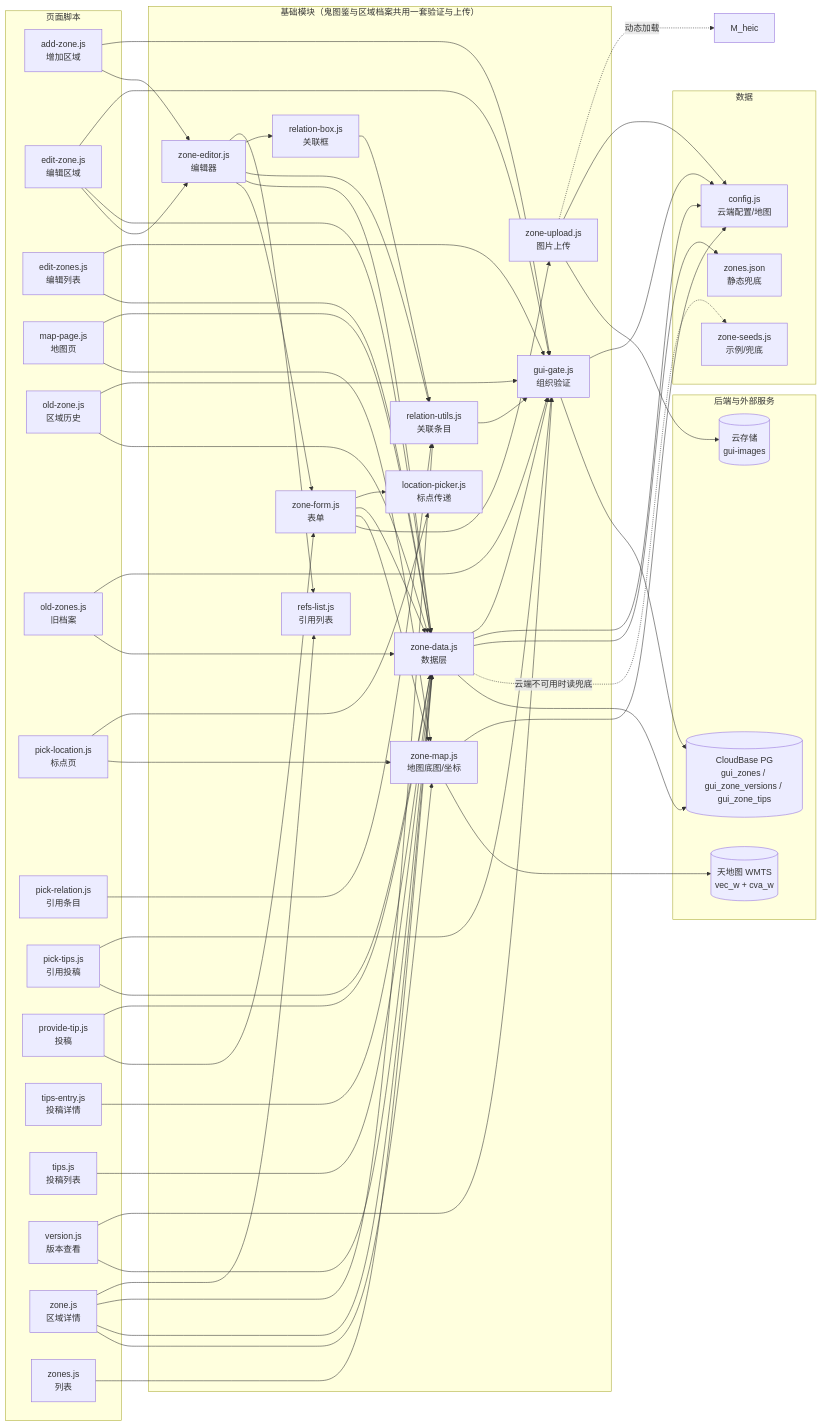
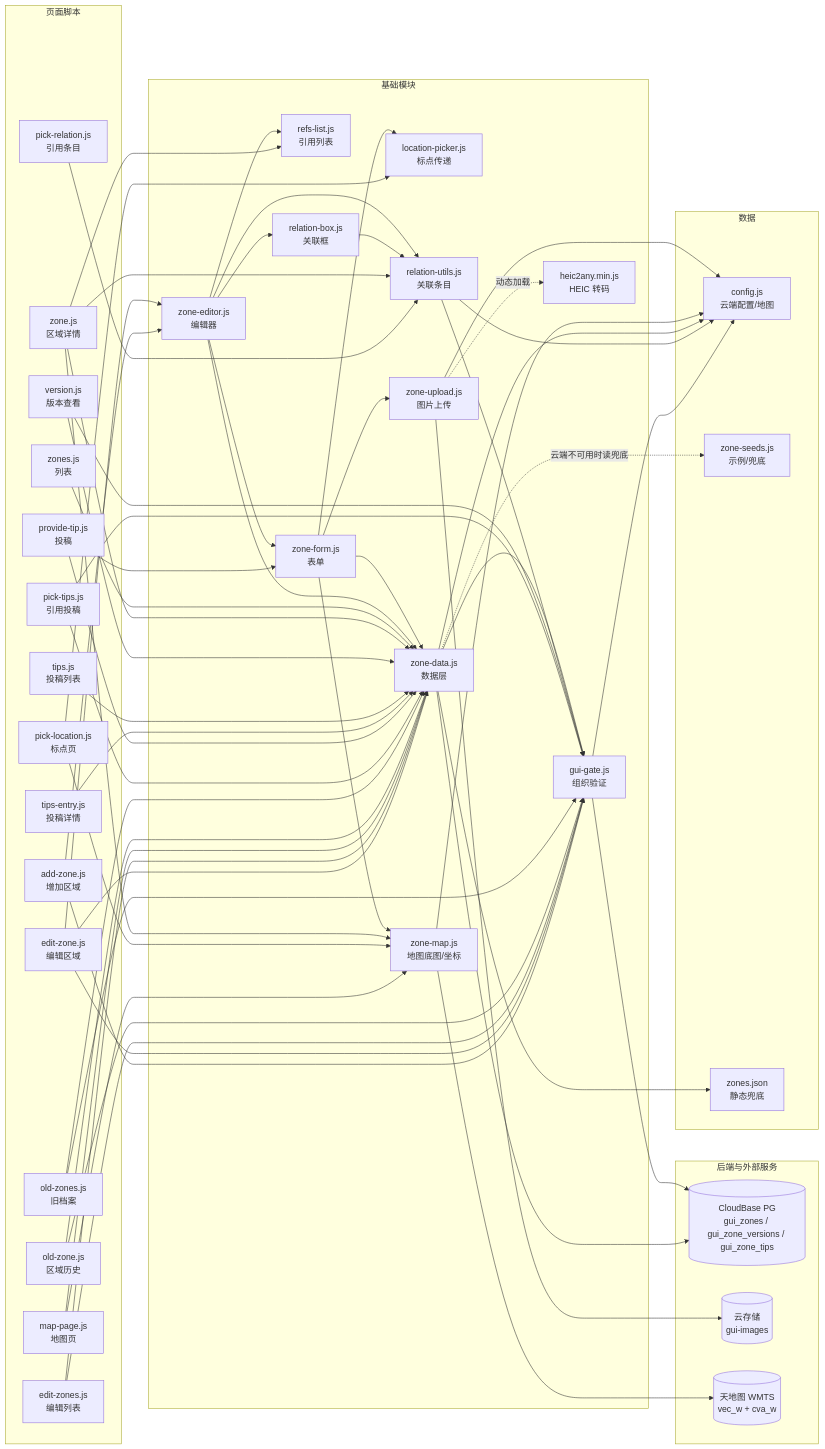
One commit to cangwu-protect-union/cangwu-protect-union.github.io changed the second of 2 diagrams in quyu/架构.md. Above: the diagram before and after it, drawn with Mermaid. The commit also changed other lines of this file and 27 other files, not shown here.

```diff
--- a/quyu/架构.md
+++ b/quyu/架构.md
@@ -119,17 +122,18 @@
     S_zones["zones.js<br/>列表"]
   end
 
-  subgraph baseLayer["基础模块（鬼图鉴与区域档案共用一套验证与上传）"]
+  subgraph baseLayer["基础模块"]
+    M_gui_gate["gui-gate.js<br/>组织验证"]
+    M_location_picker["location-picker.js<br/>标点传递"]
+    M_refs_list["refs-list.js<br/>引用列表"]
+    M_relation_box["relation-box.js<br/>关联框"]
+    M_relation_utils["relation-utils.js<br/>关联条目"]
     M_zone_data["zone-data.js<br/>数据层"]
-    M_gui_gate["gui-gate.js<br/>组织验证"]
+    M_zone_editor["zone-editor.js<br/>编辑器"]
+    M_zone_form["zone-form.js<br/>表单"]
+    M_zone_map["zone-map.js<br/>地图底图/坐标"]
     M_zone_upload["zone-upload.js<br/>图片上传"]
-    M_zone_map["zone-map.js<br/>地图底图/坐标"]
-    M_relation_utils["relation-utils.js<br/>关联条目"]
-    M_relation_box["relation-box.js<br/>关联框"]
-    M_refs_list["refs-list.js<br/>引用列表"]
-    M_location_picker["location-picker.js<br/>标点传递"]
-    M_zone_form["zone-form.js<br/>表单"]
-    M_zone_editor["zone-editor.js<br/>编辑器"]
+    M_heic["heic2any.min.js<br/>HEIC 转码"]
   end
 
   subgraph dataLayer["数据"]
@@ -144,7 +148,7 @@
     MAP[("天地图 WMTS<br/>vec_w + cva_w")]
   end
 
-  %% 页面脚本 → 基础模块（只画架构依赖）
+  %% 页面脚本 → 基础模块
   S_add_zone --> M_gui_gate
   S_add_zone --> M_zone_editor
   S_edit_zone --> M_gui_gate
@@ -176,29 +180,30 @@
   S_zones --> M_zone_data
 
   %% 基础模块之间的依赖
+  M_relation_box --> M_relation_utils
+  M_relation_utils --> M_gui_gate
   M_zone_data --> M_gui_gate
-  M_relation_utils --> M_gui_gate
-  M_relation_box --> M_relation_utils
-  M_zone_form --> M_location_picker
-  M_zone_form --> M_zone_data
-  M_zone_form --> M_zone_map
-  M_zone_form --> M_zone_upload
   M_zone_editor --> M_refs_list
   M_zone_editor --> M_relation_box
   M_zone_editor --> M_relation_utils
   M_zone_editor --> M_zone_data
   M_zone_editor --> M_zone_form
+  M_zone_form --> M_location_picker
+  M_zone_form --> M_zone_data
+  M_zone_form --> M_zone_map
+  M_zone_form --> M_zone_upload
   M_zone_upload -.动态加载.-> M_heic
 
   %% 配置与兜底数据
+  M_gui_gate --> D_config
+  M_relation_utils --> D_config
   M_zone_data --> D_config
-  M_gui_gate --> D_config
+  M_zone_map --> D_config
   M_zone_upload --> D_config
-  M_zone_map --> D_config
   M_zone_data --> D_zones
   M_zone_data -.云端不可用时读兜底.-> D_zone_seeds
 
-  %% 后端与外部服务
+  %% 后端
   M_zone_data --> DB
   M_gui_gate --> DB
   M_zone_upload --> ST
```
